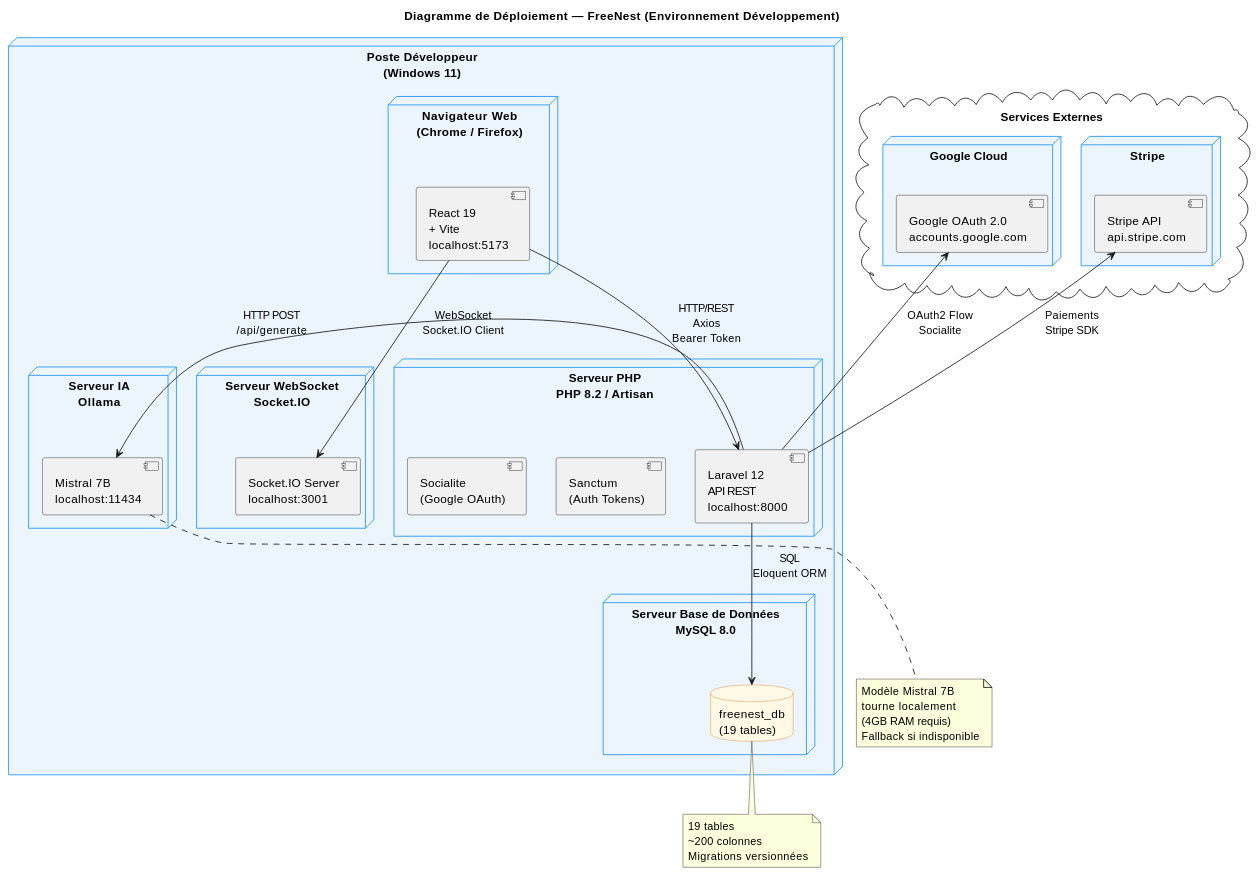
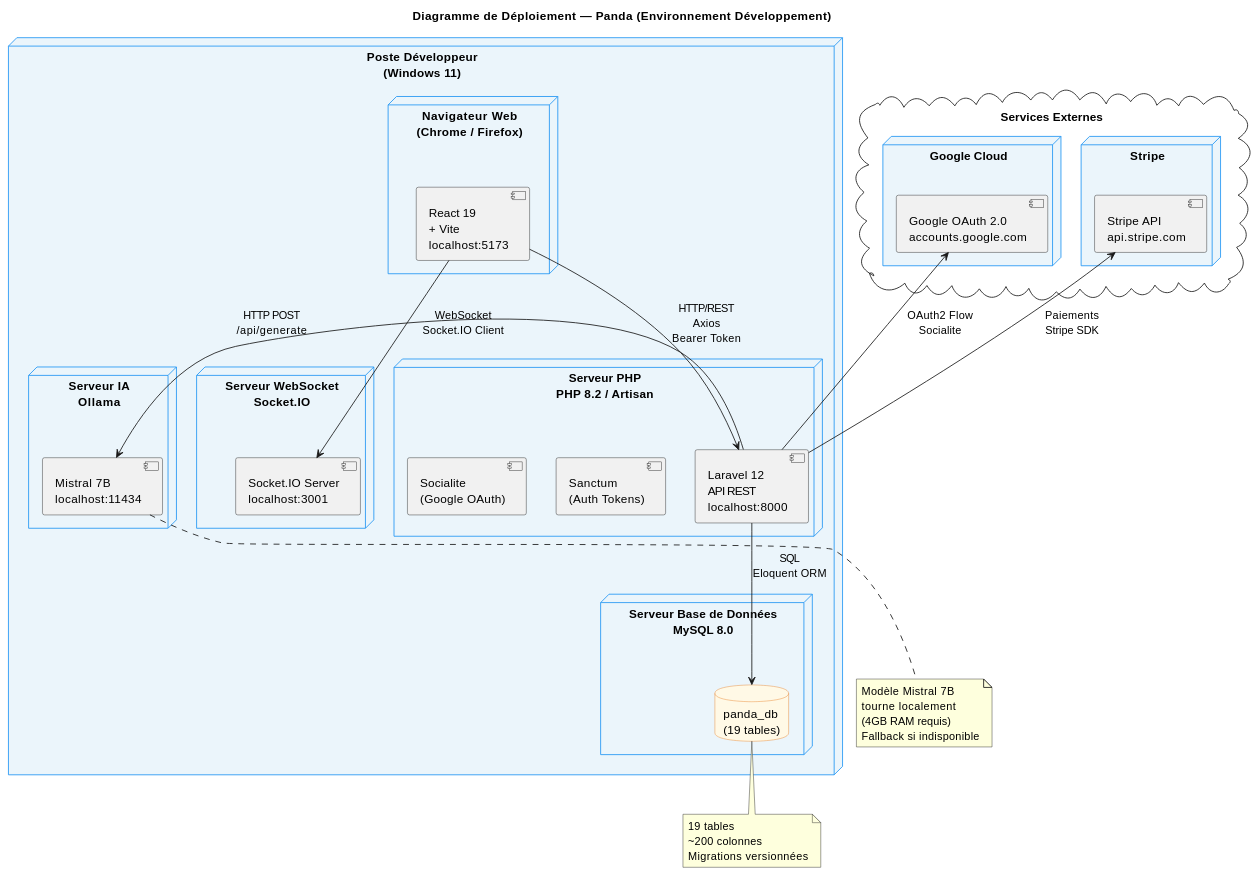
Diagram 20 of 21 in documentation/uml_diagrams.md (fasko666/PFE01), drawn with PlantUML before and after one commit. The commit also changed other lines of this file and 122 other files, not shown here.

Commit message:
Add UML diagram images, Panda docs, Enterprise page and update backend/frontend

````diff
--- a/documentation/uml_diagrams.md
+++ b/documentation/uml_diagrams.md
@@ -2007,68 +2007,68 @@
 ```plantuml
 @startuml DEPLOY20_Deployment
 skinparam node {
   BackgroundColor #EBF5FB
   BorderColor #2196F3
 }
 skinparam database {
   BackgroundColor #FFF9E6
   BorderColor #E67E22
 }
-title Diagramme de Déploiement — FreeNest (Environnement Développement)
+title Diagramme de Déploiement — Panda (Environnement Développement)
 
 node "Poste Développeur\n(Windows 11)" {
 
   node "Navigateur Web\n(Chrome / Firefox)" {
     component "React 19\n+ Vite\nlocalhost:5173" as REACT
   }
 
   node "Serveur PHP\nPHP 8.2 / Artisan" {
     component "Laravel 12\nAPI REST\nlocalhost:8000" as LARAVEL
     component "Sanctum\n(Auth Tokens)" as SANCTUM
     component "Socialite\n(Google OAuth)" as SOCIALITE
   }
 
   node "Serveur Base de Données\nMySQL 8.0" {
-    database "freenest_db\n(19 tables)" as DB
+    database "panda_db\n(19 tables)" as DB
   }
 
   node "Serveur IA\nOllama" {
     component "Mistral 7B\nlocalhost:11434" as OLLAMA
   }
 
   node "Serveur WebSocket\nSocket.IO" {
     component "Socket.IO Server\nlocalhost:3001" as SOCKETIO
   }
 }
 
 cloud "Services Externes" {
   node "Google Cloud" {
     component "Google OAuth 2.0\naccounts.google.com" as GOOGLE_OAUTH
   }
   node "Stripe" {
     component "Stripe API\napi.stripe.com" as STRIPE_API
   }
 }
 
 REACT -down-> LARAVEL : HTTP/REST\nAxios\nBearer Token
 REACT -down-> SOCKETIO : WebSocket\nSocket.IO Client
 LARAVEL -down-> DB : SQL\nEloquent ORM
 LARAVEL -right-> OLLAMA : HTTP POST\n/api/generate
 LARAVEL -up-> GOOGLE_OAUTH : OAuth2 Flow\nSocialite
 LARAVEL -up-> STRIPE_API : Paiements\nStripe SDK
 
 note bottom of OLLAMA
   Modèle Mistral 7B
   tourne localement
   (4GB RAM requis)
   Fallback si indisponible
 end note
 
 note bottom of DB
   19 tables
   ~200 colonnes
   Migrations versionnées
 end note
 
 @enduml
 ```
````
